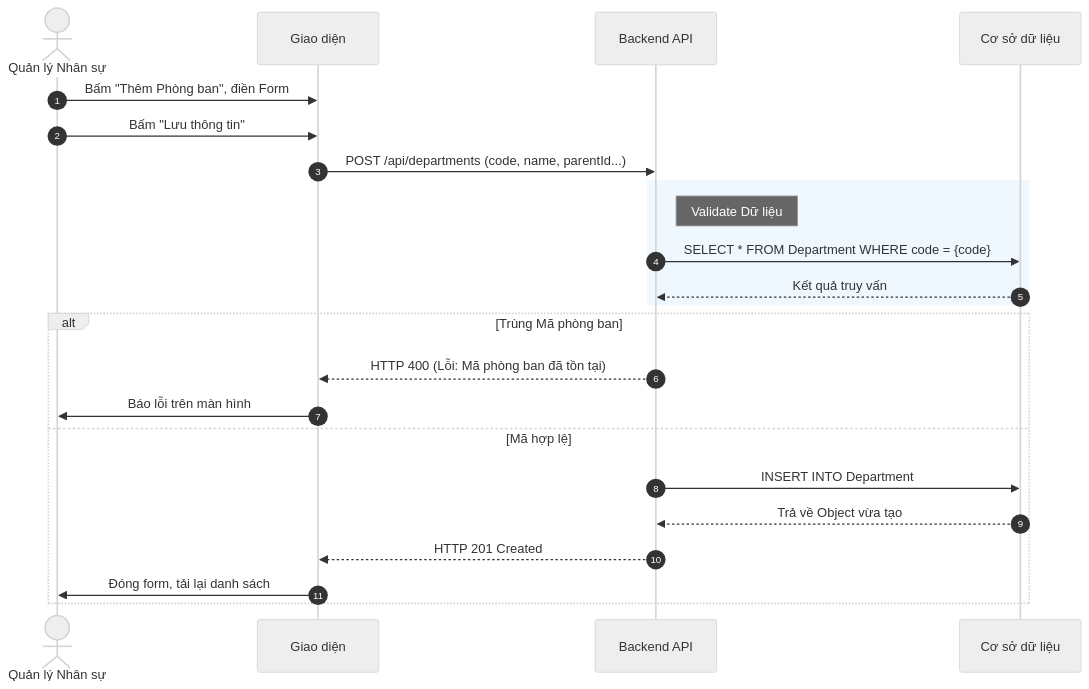
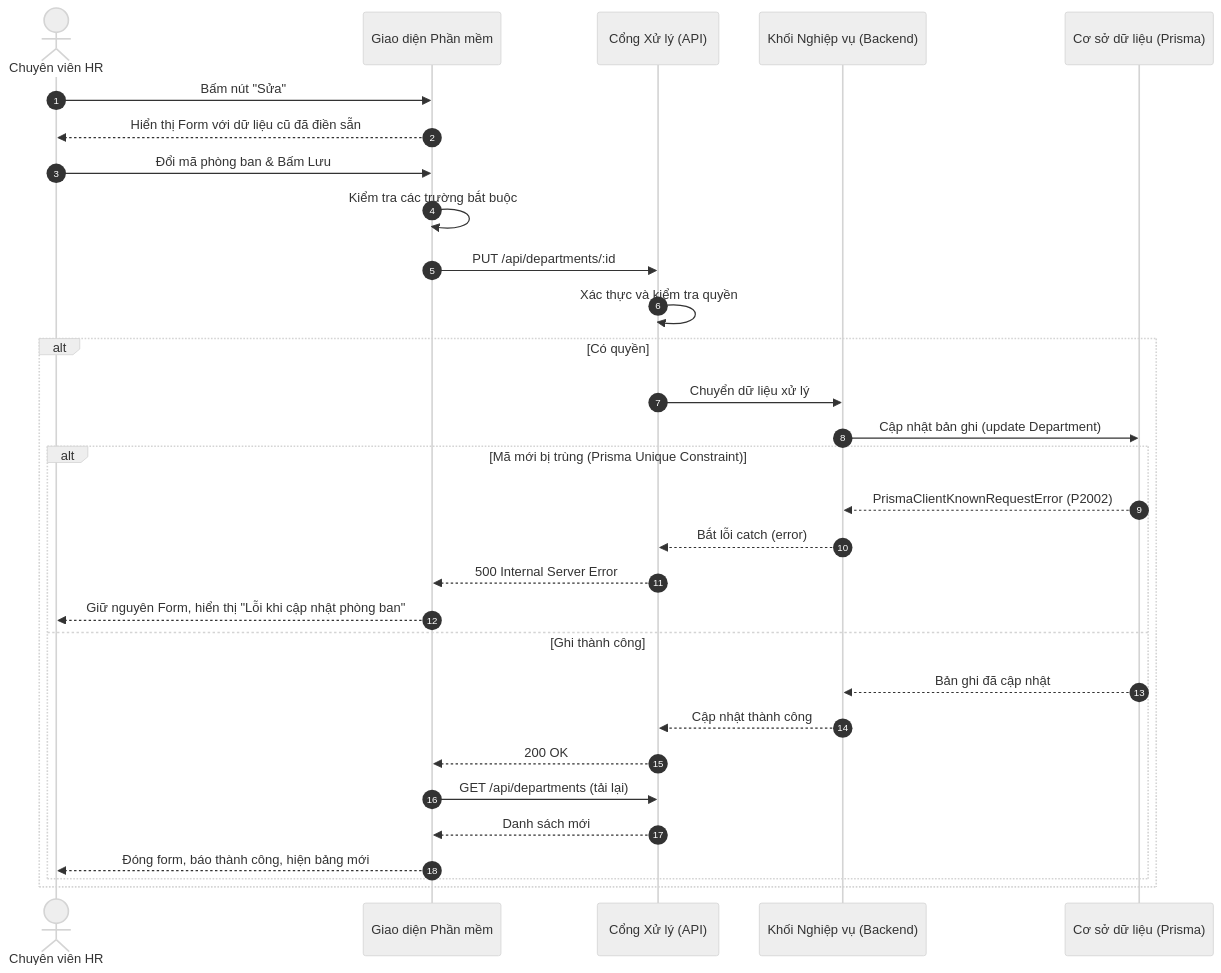
Before and after one commit to aye2710/HRM-DATN: the second of 3 diagrams in docs/Tài liệu phân tích nghiệp vụ từng module/Module Tổ chức/Chuc-nang-Quan-ly-Phong-ban.md, drawn with Mermaid (neutral theme). The commit also changed other lines of this file and 32 other files, not shown here.

````diff
--- a/docs/Tài liệu phân tích nghiệp vụ từng module/Module Tổ chức/Chuc-nang-Quan-ly-Phong-ban.md
+++ b/docs/Tài liệu phân tích nghiệp vụ từng module/Module Tổ chức/Chuc-nang-Quan-ly-Phong-ban.md
@@ -41,29 +136,36 @@
 ```mermaid
 sequenceDiagram
     autonumber
-    actor HR as Quản lý Nhân sự
-    participant FE as Giao diện
-    participant BE as Backend API
-    participant DB as Cơ sở dữ liệu
+    actor HR as Chuyên viên HR
+    participant FE as Giao diện Phần mềm
+    participant API as Cổng Xử lý (API)
+    participant BE as Khối Nghiệp vụ (Backend)
+    participant DB as Cơ sở dữ liệu (Prisma)
 
-    HR->>FE: Bấm "Thêm Phòng ban", điền Form
-    HR->>FE: Bấm "Lưu thông tin"
+    HR->>FE: Bấm nút "Sửa"
+    FE-->>HR: Hiển thị Form với dữ liệu cũ đã điền sẵn
     
-    FE->>BE: POST /api/departments (code, name, parentId...)
+    HR->>FE: Đổi mã phòng ban & Bấm Lưu
+    FE->>FE: Kiểm tra các trường bắt buộc
+    FE->>API: PUT /api/departments/:id
     
-    rect rgb(240, 248, 255)
-        note right of BE: Validate Dữ liệu
-        BE->>DB: SELECT * FROM Department WHERE code = {code}
-        DB-->>BE: Kết quả truy vấn
-    end
-    
-    alt Trùng Mã phòng ban
-        BE-->>FE: HTTP 400 (Lỗi: Mã phòng ban đã tồn tại)
-        FE->>HR: Báo lỗi trên màn hình
-    else Mã hợp lệ
-        BE->>DB: INSERT INTO Department
-        DB-->>BE: Trả về Object vừa tạo
-        BE-->>FE: HTTP 201 Created
-        FE->>HR: Đóng form, tải lại danh sách
+    API->>API: Xác thực và kiểm tra quyền
+    alt Có quyền
+        API->>BE: Chuyển dữ liệu xử lý
+        BE->>DB: Cập nhật bản ghi (update Department)
+        
+        alt Mã mới bị trùng (Prisma Unique Constraint)
+            DB-->>BE: PrismaClientKnownRequestError (P2002)
+            BE-->>API: Bắt lỗi catch (error)
+            API-->>FE: 500 Internal Server Error
+            FE-->>HR: Giữ nguyên Form, hiển thị "Lỗi khi cập nhật phòng ban"
+        else Ghi thành công
+            DB-->>BE: Bản ghi đã cập nhật
+            BE-->>API: Cập nhật thành công
+            API-->>FE: 200 OK
+            FE->>API: GET /api/departments (tải lại)
+            API-->>FE: Danh sách mới
+            FE-->>HR: Đóng form, báo thành công, hiện bảng mới
+        end
     end
 ```
````
